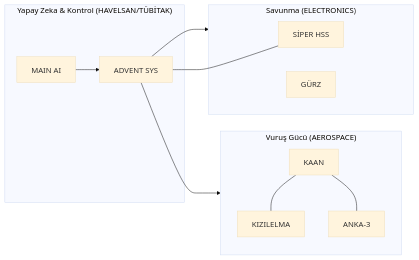
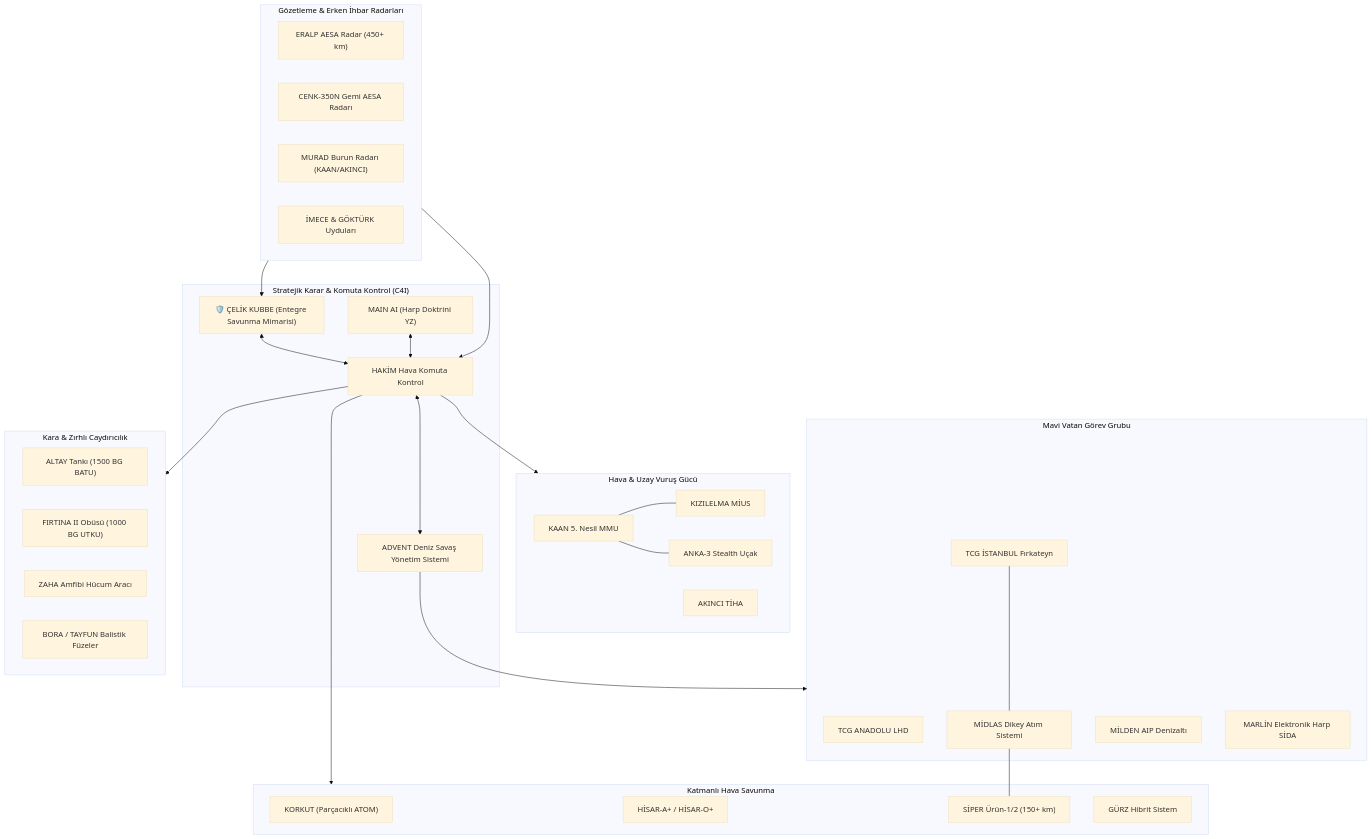
One commit to bahattinyunus/Milli-Teknoloji-Envanteri changed the diagram in README.md. Above: the diagram before and after it, drawn with Mermaid (base theme). The commit also changed other lines of this file and 81 other files, not shown here.

Commit message:
feat: v3.5 Major Ecosystem Expansion - Celik Kubbe, MIDLAS, TCG Istanbul, TF10000, 153 Platforms, Sci-Fi Command Center & Full Data Sync

````diff
--- a/README.md
+++ b/README.md
@@ -225,25 +234,60 @@
 ```mermaid
-graph LR
-    subgraph BRAIN ["Yapay Zeka & Kontrol (HAVELSAN/TÜBİTAK)"]
-    MAIN["MAIN AI"]
-    ADVENT["ADVENT SYS"]
+graph TD
+    subgraph SENSORS ["Gözetleme & Erken İhbar Radarları"]
+        ERALP["ERALP AESA Radar (450+ km)"]
+        CENK["CENK-350N Gemi AESA Radarı"]
+        MURAD["MURAD Burun Radarı (KAAN/AKINCI)"]
+        IMECE["İMECE & GÖKTÜRK Uyduları"]
     end
-    
-    subgraph STRIKE ["Vuruş Gücü (AEROSPACE)"]
-    KIZ["KIZILELMA"]
-    KAAN["KAAN"]
-    ANKA["ANKA-3"]
+
+    subgraph C4I_BRAIN ["Stratejik Karar & Komuta Kontrol (C4I)"]
+        CELIK["🛡️ ÇELİK KUBBE (Entegre Savunma Mimarisi)"]
+        HAKIM["HAKİM Hava Komuta Kontrol"]
+        ADVENT["ADVENT Deniz Savaş Yönetim Sistemi"]
+        MAIN["MAIN AI (Harp Doktrini YZ)"]
     end
-    
-    subgraph SHIELD ["Savunma (ELECTRONICS)"]
-    SIPER["SİPER HSS"]
-    GURZ["GÜRZ"]
+
+    subgraph AIR_POWER ["Hava & Uzay Vuruş Gücü"]
+        KAAN["KAAN 5. Nesil MMU"]
+        KIZILELMA["KIZILELMA MİUS"]
+        ANKA3["ANKA-3 Stealth Uçak"]
+        AKINCI["AKINCI TİHA"]
     end
-    
-    MAIN --> ADVENT
-    ADVENT --> STRIKE
-    ADVENT --> SHIELD
-    KAAN --- KIZ
-    KAAN --- ANKA
-    SIPER --- ADVENT
+
+    subgraph AIR_DEFENSE ["Katmanlı Hava Savunma"]
+        KORKUT["KORKUT (Parçacıklı ATOM)"]
+        HISAR["HİSAR-A+ / HİSAR-O+"]
+        SIPER["SİPER Ürün-1/2 (150+ km)"]
+        GURZ["GÜRZ Hibrit Sistem"]
+    end
+
+    subgraph NAVAL_FORCE ["Mavi Vatan Görev Grubu"]
+        ANADOLU["TCG ANADOLU LHD"]
+        ISTANBUL["TCG İSTANBUL Fırkateyn"]
+        MIDLAS["MİDLAS Dikey Atım Sistemi"]
+        MILDEN["MİLDEN AIP Denizaltı"]
+        MARLIN["MARLİN Elektronik Harp SİDA"]
+    end
+
+    subgraph LAND_FORCE ["Kara & Zırhlı Caydırıcılık"]
+        ALTAY["ALTAY Tankı (1500 BG BATU)"]
+        FIRTINA["FIRTINA II Obüsü (1000 BG UTKU)"]
+        ZAHA["ZAHA Amfibi Hücum Aracı"]
+        BORA["BORA / TAYFUN Balistik Füzeler"]
+    end
+
+    SENSORS --> CELIK
+    SENSORS --> HAKIM
+    CELIK <--> HAKIM
+    HAKIM <--> ADVENT
+    MAIN <--> HAKIM
+
+    HAKIM --> AIR_DEFENSE
+    HAKIM --> AIR_POWER
+    ADVENT --> NAVAL_FORCE
+    HAKIM --> LAND_FORCE
+    ISTANBUL --- MIDLAS
+    MIDLAS --- SIPER
+    KAAN --- KIZILELMA
+    KAAN --- ANKA3
 ```
````
